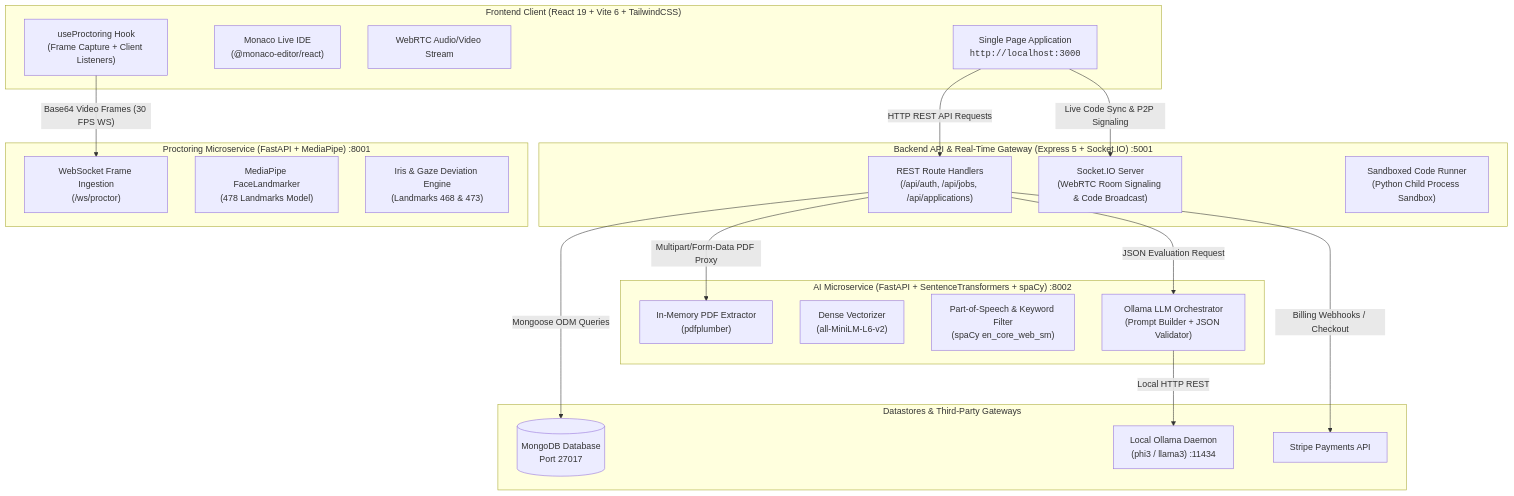
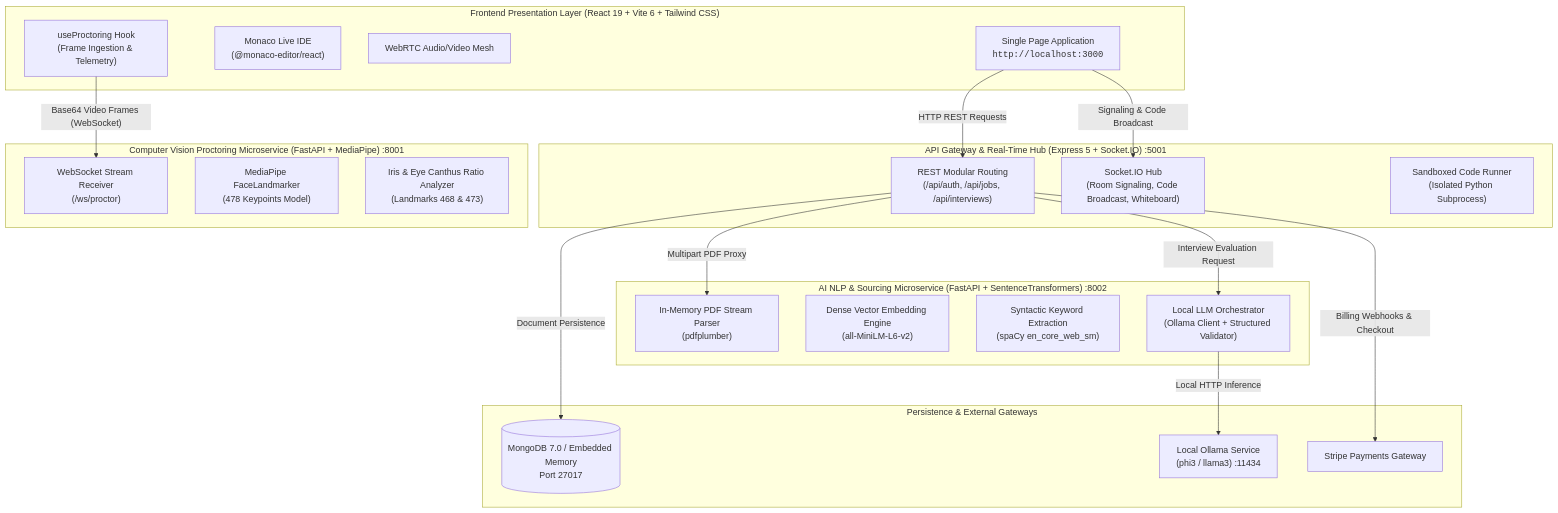
Before and after one commit to darshan-xyz/Axiocruit: the diagram in README.md, drawn with Mermaid. The commit also changed other lines of this file and 187 other files, not shown here.

````diff
--- a/README.md
+++ b/README.md
@@ -73,43 +70,43 @@
 ```mermaid
 flowchart TD
-    subgraph ClientLayer["Frontend Client (React 19 + Vite 6 + TailwindCSS)"]
+    subgraph ClientLayer["Frontend Presentation Layer (React 19 + Vite 6 + Tailwind CSS)"]
         SPA["Single Page Application<br/><code>http://localhost:3000</code>"]
         Monaco["Monaco Live IDE<br/>(@monaco-editor/react)"]
-        WebRTC["WebRTC Audio/Video Stream"]
-        CamHook["useProctoring Hook<br/>(Frame Capture + Client Listeners)"]
+        WebRTC["WebRTC Audio/Video Mesh"]
+        CamHook["useProctoring Hook<br/>(Frame Ingestion & Telemetry)"]
     end
 
-    subgraph GatewayLayer["Backend API & Real-Time Gateway (Express 5 + Socket.IO) :5001"]
-        Router["REST Route Handlers<br/>(/api/auth, /api/jobs, /api/applications)"]
-        Signaling["Socket.IO Server<br/>(WebRTC Room Signaling & Code Broadcast)"]
-        Sandbox["Sandboxed Code Runner<br/>(Python Child Process Sandbox)"]
+    subgraph GatewayLayer["API Gateway & Real-Time Hub (Express 5 + Socket.IO) :5001"]
+        Router["REST Modular Routing<br/>(/api/auth, /api/jobs, /api/interviews)"]
+        Signaling["Socket.IO Hub<br/>(Room Signaling, Code Broadcast, Whiteboard)"]
+        Sandbox["Sandboxed Code Runner<br/>(Isolated Python Subprocess)"]
     end
 
-    subgraph AILayer["AI Microservice (FastAPI + SentenceTransformers + spaCy) :8002"]
-        PDFParser["In-Memory PDF Extractor<br/>(pdfplumber)"]
-        Embedding["Dense Vectorizer<br/>(all-MiniLM-L6-v2)"]
-        NLP["Part-of-Speech & Keyword Filter<br/>(spaCy en_core_web_sm)"]
-        OllamaAdapter["Ollama LLM Orchestrator<br/>(Prompt Builder + JSON Validator)"]
+    subgraph AILayer["AI NLP & Sourcing Microservice (FastAPI + SentenceTransformers) :8002"]
+        PDFParser["In-Memory PDF Stream Parser<br/>(pdfplumber)"]
+        Embedding["Dense Vector Embedding Engine<br/>(all-MiniLM-L6-v2)"]
+        NLP["Syntactic Keyword Extraction<br/>(spaCy en_core_web_sm)"]
+        OllamaAdapter["Local LLM Orchestrator<br/>(Ollama Client + Structured Validator)"]
     end
 
-    subgraph ProctorLayer["Proctoring Microservice (FastAPI + MediaPipe) :8001"]
-        WSHandler["WebSocket Frame Ingestion<br/>(/ws/proctor)"]
-        FaceMesh["MediaPipe FaceLandmarker<br/>(478 Landmarks Model)"]
-        GazeLogic["Iris & Gaze Deviation Engine<br/>(Landmarks 468 & 473)"]
+    subgraph ProctorLayer["Computer Vision Proctoring Microservice (FastAPI + MediaPipe) :8001"]
+        WSHandler["WebSocket Stream Receiver<br/>(/ws/proctor)"]
+        FaceMesh["MediaPipe FaceLandmarker<br/>(478 Keypoints Model)"]
+        GazeLogic["Iris & Eye Canthus Ratio Analyzer<br/>(Landmarks 468 & 473)"]
     end
 
-    subgraph PersistenceLayer["Datastores & Third-Party Gateways"]
-        MongoDB[("MongoDB Database<br/>Port 27017")]
-        OllamaEngine["Local Ollama Daemon<br/>(phi3 / llama3) :11434"]
-        StripeGateway["Stripe Payments API"]
+    subgraph DatastoreLayer["Persistence & External Gateways"]
+        MongoDB[("MongoDB 7.0 / Embedded Memory<br/>Port 27017")]
+        OllamaDaemon["Local Ollama Service<br/>(phi3 / llama3) :11434"]
+        StripeGateway["Stripe Payments Gateway"]
     end
 
-    SPA -->|"HTTP REST API Requests"| Router
-    SPA -->|"Live Code Sync & P2P Signaling"| Signaling
-    CamHook -->|"Base64 Video Frames (30 FPS WS)"| WSHandler
-    Router -->|"Mongoose ODM Queries"| MongoDB
-    Router -->|"Multipart/Form-Data PDF Proxy"| PDFParser
-    Router -->|"JSON Evaluation Request"| OllamaAdapter
-    Router -->|"Billing Webhooks / Checkout"| StripeGateway
-    OllamaAdapter -->|"Local HTTP REST"| OllamaEngine
+    SPA -->|"HTTP REST Requests"| Router
+    SPA -->|"Signaling & Code Broadcast"| Signaling
+    CamHook -->|"Base64 Video Frames (WebSocket)"| WSHandler
+    Router -->|"Document Persistence"| MongoDB
+    Router -->|"Multipart PDF Proxy"| PDFParser
+    Router -->|"Interview Evaluation Request"| OllamaAdapter
+    Router -->|"Billing Webhooks & Checkout"| StripeGateway
+    OllamaAdapter -->|"Local HTTP Inference"| OllamaDaemon
 ```
````
